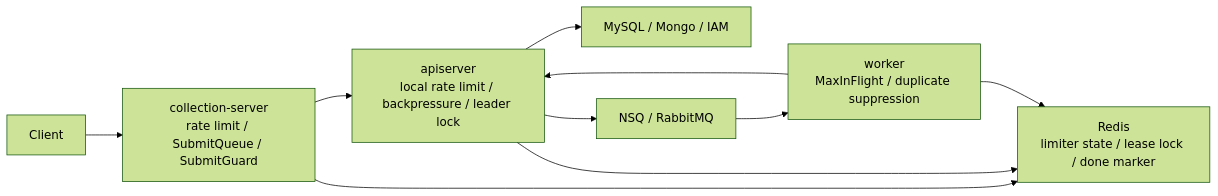
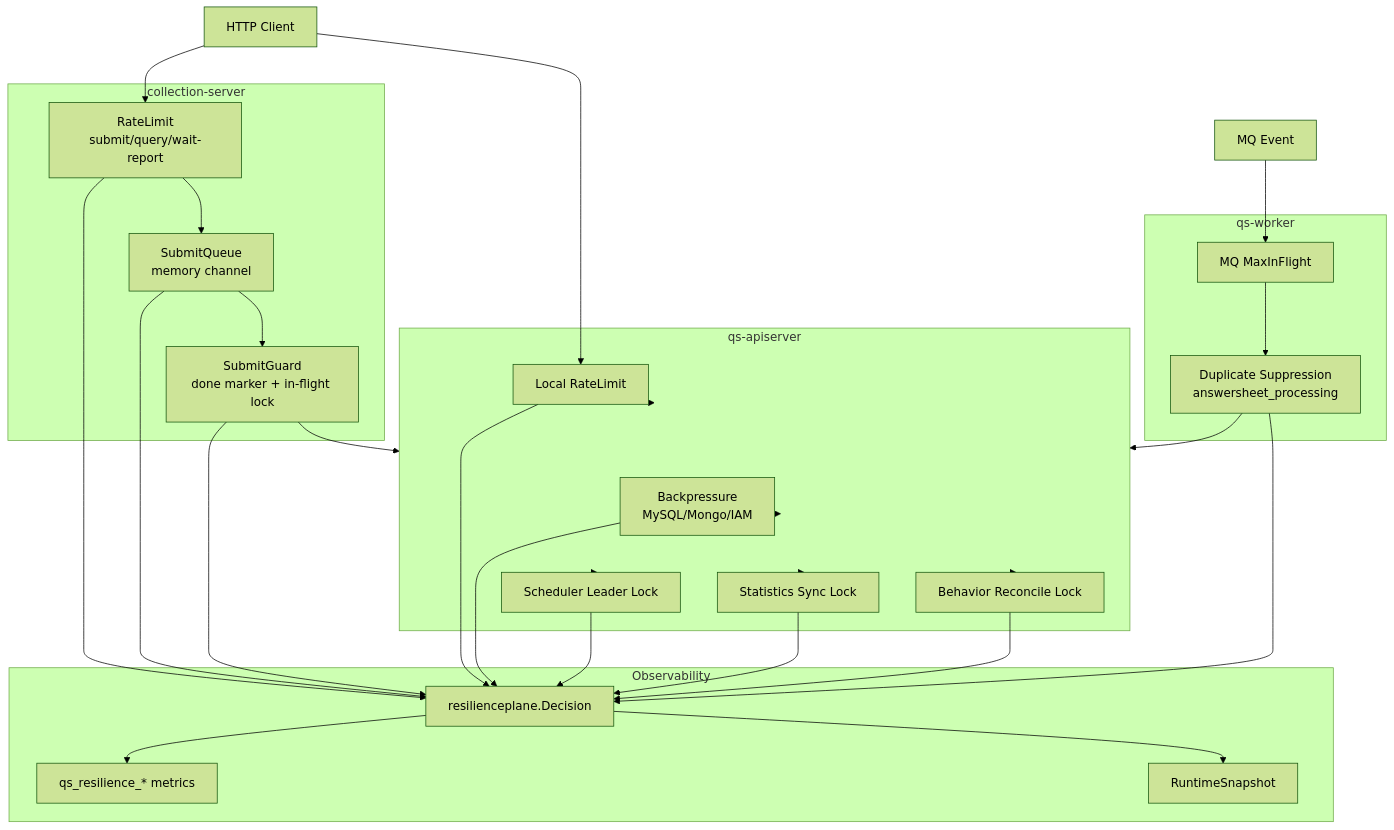
Before and after one commit to FangcunMount/qs-server: the diagram in docs/03-基础设施/resilience/README.md, drawn with Mermaid (forest theme). The commit also changed other lines of this file and 8 other files, not shown here.

````diff
--- a/docs/03-基础设施/resilience/README.md
+++ b/docs/03-基础设施/resilience/README.md
@@ -46,17 +179,50 @@
 ```mermaid
-flowchart LR
-    client["Client"]
-    collection["collection-server<br/>rate limit / SubmitQueue / SubmitGuard"]
-    api["apiserver<br/>local rate limit / backpressure / leader lock"]
-    worker["worker<br/>MaxInFlight / duplicate suppression"]
-    redis["Redis<br/>limiter state / lease lock / done marker"]
-    store["MySQL / Mongo / IAM"]
-    mq["NSQ / RabbitMQ"]
+flowchart TB
+    client["HTTP Client"]
+    mq["MQ Event"]
 
-    client --> collection --> api
-    api --> store
-    api --> mq --> worker --> api
-    collection --> redis
-    api --> redis
-    worker --> redis
+    subgraph Collection["collection-server"]
+        cRate["RateLimit<br/>submit/query/wait-report"]
+        queue["SubmitQueue<br/>memory channel"]
+        guard["SubmitGuard<br/>done marker + in-flight lock"]
+    end
+
+    subgraph API["qs-apiserver"]
+        aRate["Local RateLimit"]
+        bp["Backpressure<br/>MySQL/Mongo/IAM"]
+        leader["Scheduler Leader Lock"]
+        sync["Statistics Sync Lock"]
+        reconcile["Behavior Reconcile Lock"]
+    end
+
+    subgraph Worker["qs-worker"]
+        max["MQ MaxInFlight"]
+        dup["Duplicate Suppression<br/>answersheet_processing"]
+    end
+
+    subgraph Obs["Observability"]
+        outcome["resilienceplane.Decision"]
+        metrics["qs_resilience_* metrics"]
+        status["RuntimeSnapshot"]
+    end
+
+    client --> cRate --> queue --> guard --> API
+    client --> aRate --> API
+    API --> bp
+    API --> leader
+    API --> sync
+    API --> reconcile
+    mq --> max --> dup --> API
+
+    cRate --> outcome
+    queue --> outcome
+    guard --> outcome
+    aRate --> outcome
+    bp --> outcome
+    leader --> outcome
+    sync --> outcome
+    reconcile --> outcome
+    dup --> outcome
+    outcome --> metrics
+    outcome --> status
 ```
````
